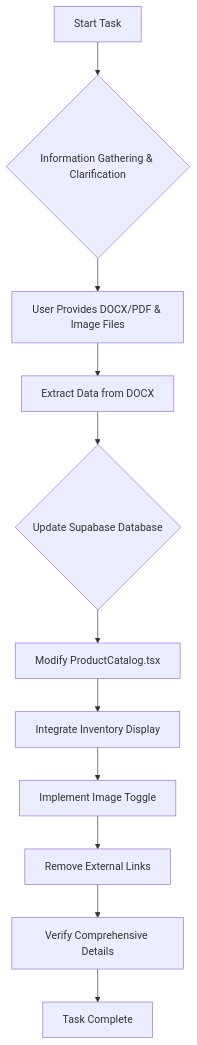
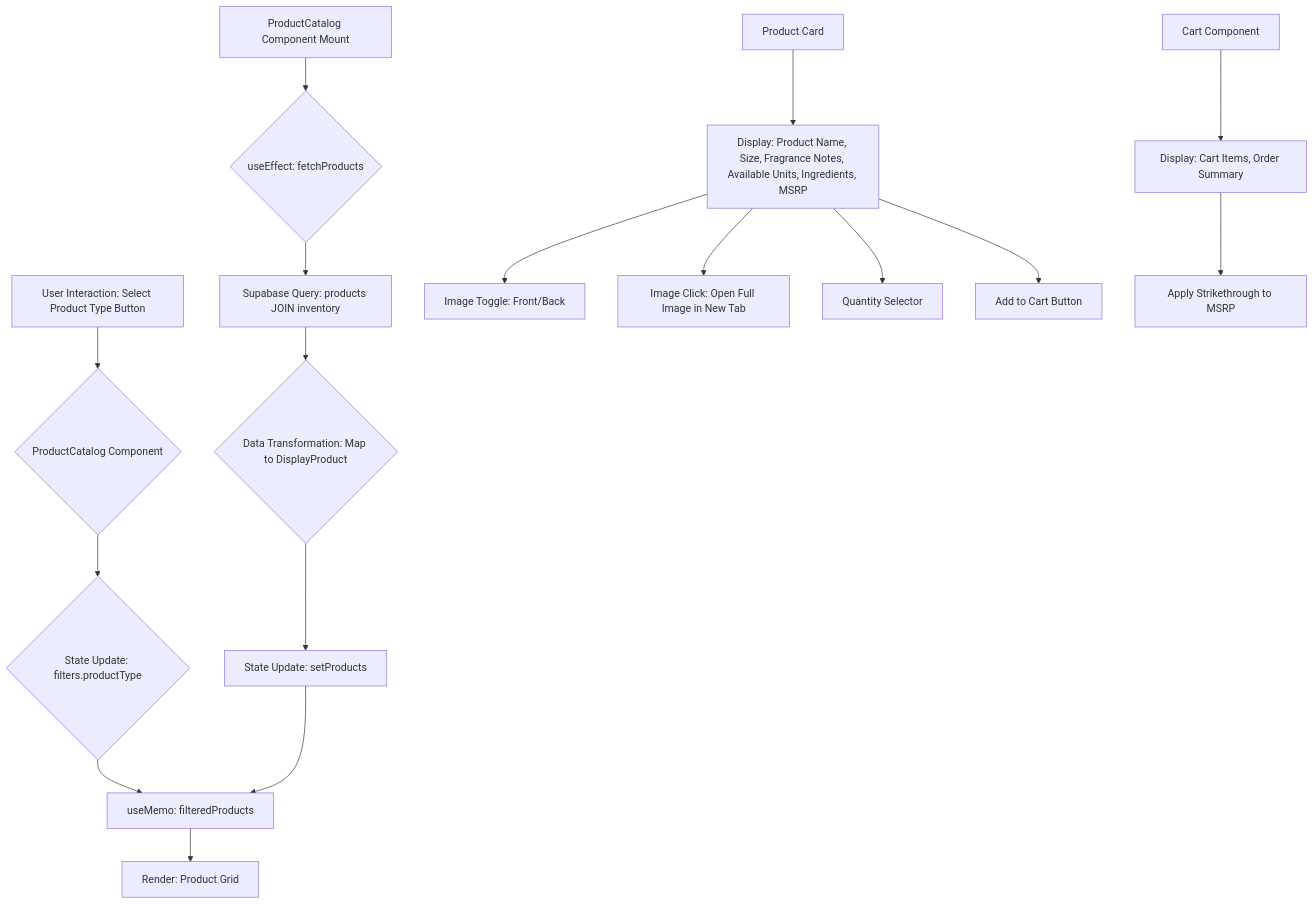
Before and after one commit to namexuser/body-products: the diagram in ProductCatalog_Update_Plan.md, drawn with Mermaid. The commit also changed other lines of this file and 116 other files, not shown here.

Commit message:
fixing product catalog

````diff
--- a/ProductCatalog_Update_Plan.md
+++ b/ProductCatalog_Update_Plan.md
@@ -67,13 +54,22 @@
 ```mermaid
 graph TD
-    A[Start Task] --> B{Information Gathering & Clarification};
-    B --> C[User Provides DOCX/PDF & Image Files];
-    C --> D[Extract Data from DOCX];
-    D --> E{Update Supabase Database};
-    E --> F[Modify ProductCatalog.tsx];
-    F --> G[Integrate Inventory Display];
-    G --> H[Implement Image Toggle];
-    H --> I[Remove External Links];
-    I --> J[Verify Comprehensive Details];
-    J --> K[Task Complete];
+    A[User Interaction: Select Product Type Button] --> B{ProductCatalog Component};
+    B --> C{State Update: filters.productType};
+    C --> D[useMemo: filteredProducts];
+    D --> E[Render: Product Grid];
+
+    F[ProductCatalog Component Mount] --> G{useEffect: fetchProducts};
+    G --> H[Supabase Query: products JOIN inventory];
+    H --> I{Data Transformation: Map to DisplayProduct};
+    I --> J[State Update: setProducts];
+    J --> D;
+
+    K[Product Card] --> L[Display: Product Name, Size, Fragrance Notes, Available Units, Ingredients, MSRP];
+    L --> M[Image Toggle: Front/Back];
+    L --> N[Image Click: Open Full Image in New Tab];
+    L --> O[Quantity Selector];
+    L --> P[Add to Cart Button];
+
+    Q[Cart Component] --> R[Display: Cart Items, Order Summary];
+    R --> S[Apply Strikethrough to MSRP];
 ```
````
